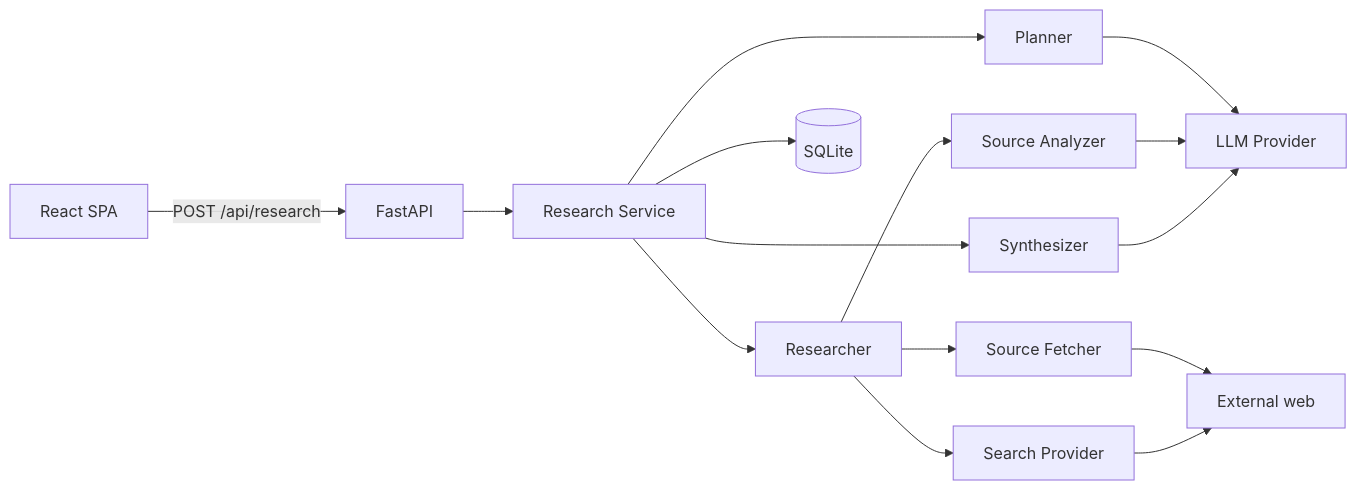
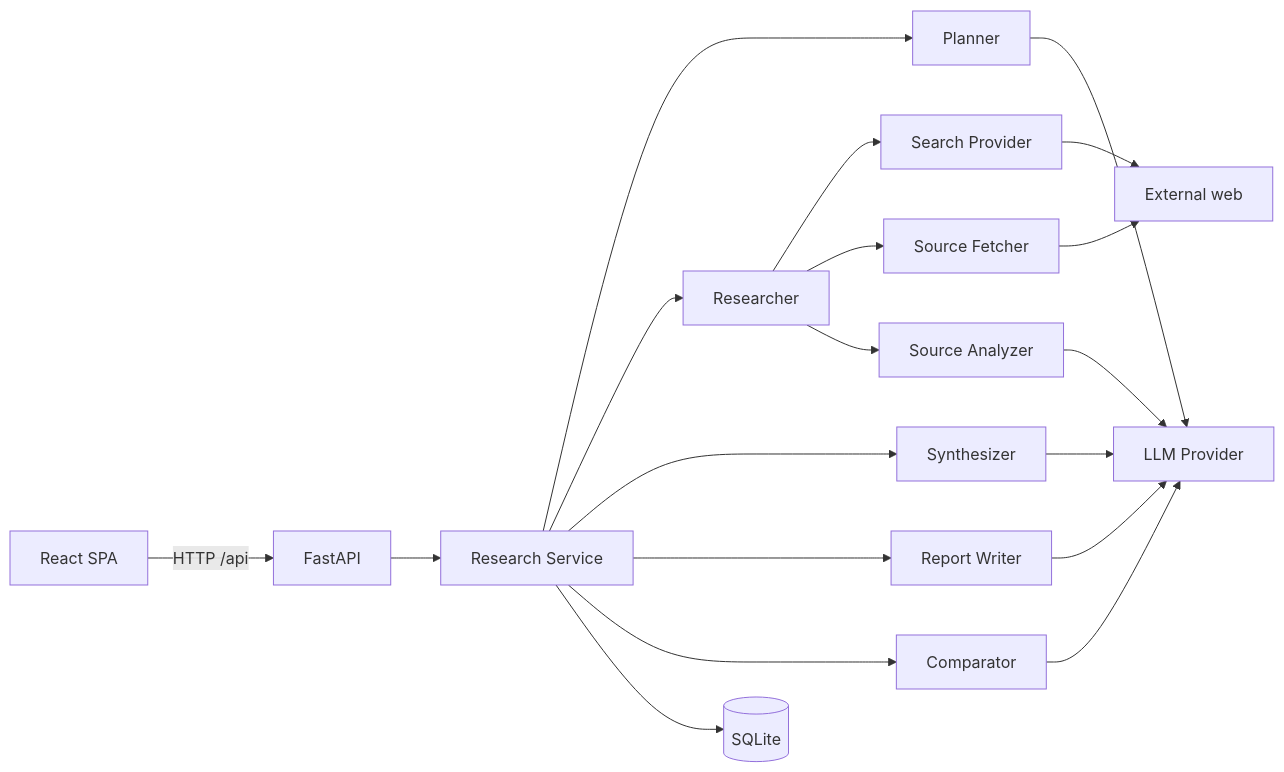
Before and after one commit to j4nya-BinSrcs/reach: the diagram in docs/architecture.md, drawn with Mermaid. The commit also changed other lines of this file and 5 other files, not shown here.

First line of the commit message:
docs: add index, PRD, workflow, agent, API, and refresh architecture

````diff
--- a/docs/architecture.md
+++ b/docs/architecture.md
@@ -11,17 +14,21 @@
 ```mermaid
 flowchart LR
-    Client[React SPA] -->|POST /api/research| API[FastAPI]
+    Client[React SPA] -->|HTTP /api| API[FastAPI]
     API --> Service[Research Service]
     Service --> Planner[Planner]
     Service --> Researcher[Researcher]
     Researcher --> Search[Search Provider]
     Researcher --> Fetcher[Source Fetcher]
     Researcher --> Analyzer[Source Analyzer]
     Service --> Synthesizer[Synthesizer]
+    Service --> Report[Report Writer]
+    Service --> Comparator[Comparator]
     Planner --> LLM[LLM Provider]
     Analyzer --> LLM
     Synthesizer --> LLM
+    Report --> LLM
+    Comparator --> LLM
     Service --> DB[(SQLite)]
     Fetcher --> Web[External web]
     Search --> Web
 ```
````
